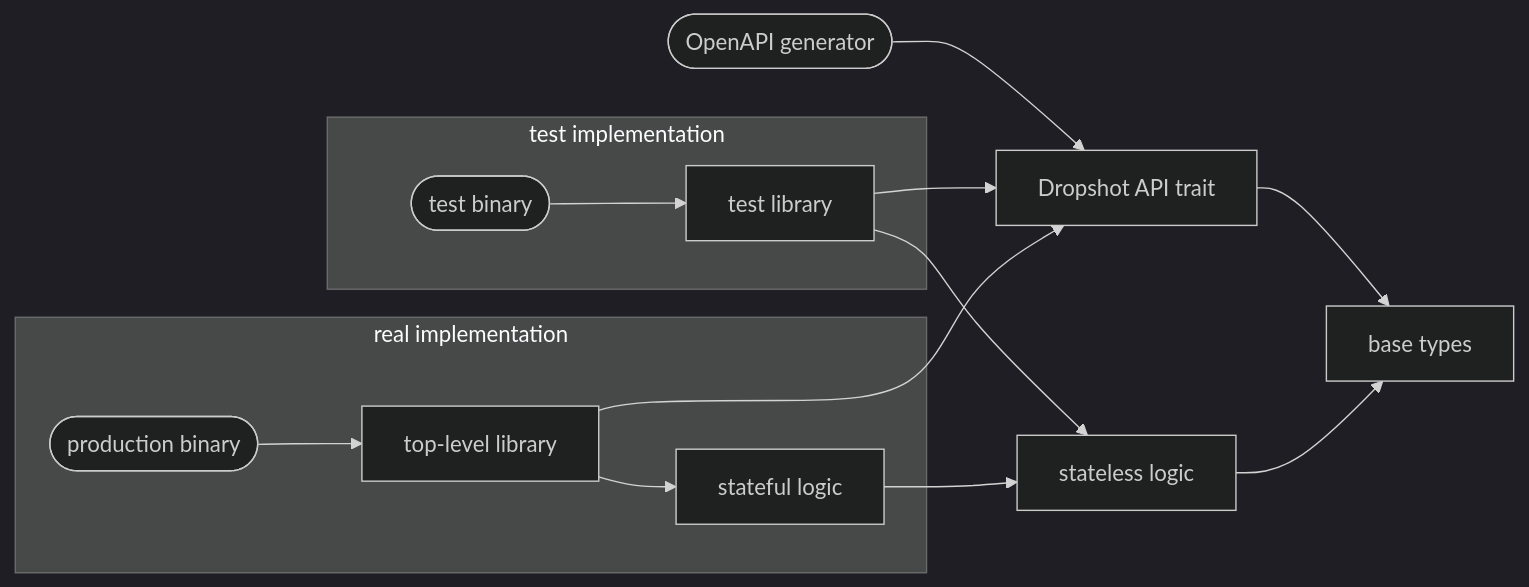
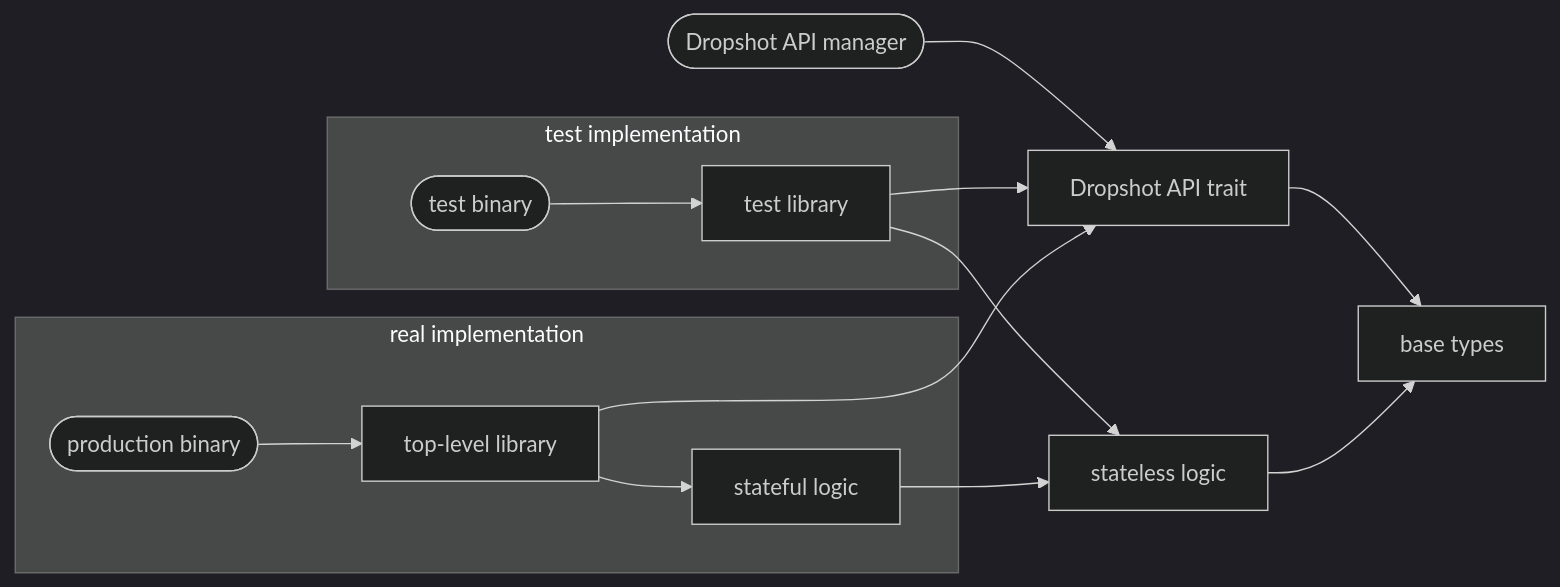
Before and after one commit to oxidecomputer/dropshot: the diagram in dropshot/large-service-dep-graph.mmd, drawn with Mermaid (dark theme). The commit also changed 6 other files, not shown here.

```diff
--- a/dropshot/large-service-dep-graph.mmd
+++ b/dropshot/large-service-dep-graph.mmd
@@ -1,22 +1,22 @@
 flowchart LR
-    openapi_generator([OpenAPI generator]) --> api
+    dropshot_api_manager([Dropshot API manager]) --> api
     types[base types]
     stateless_logic[stateless logic]
     api[Dropshot API trait] --> types
     test_lib --> stateless_logic
     test_lib --> api
     top_level_lib --> api
     stateless_logic --> types
     stateful_logic --> stateless_logic
 
     subgraph production_impl [real implementation]
     production_binary([production binary]) --> top_level_lib
     top_level_lib[top-level library]
     top_level_lib --> stateful_logic
     stateful_logic[stateful logic]
     end
 
     subgraph test_impl [test implementation]
     test_bin([test binary]) --> test_lib
     test_lib[test library]
     end
```
